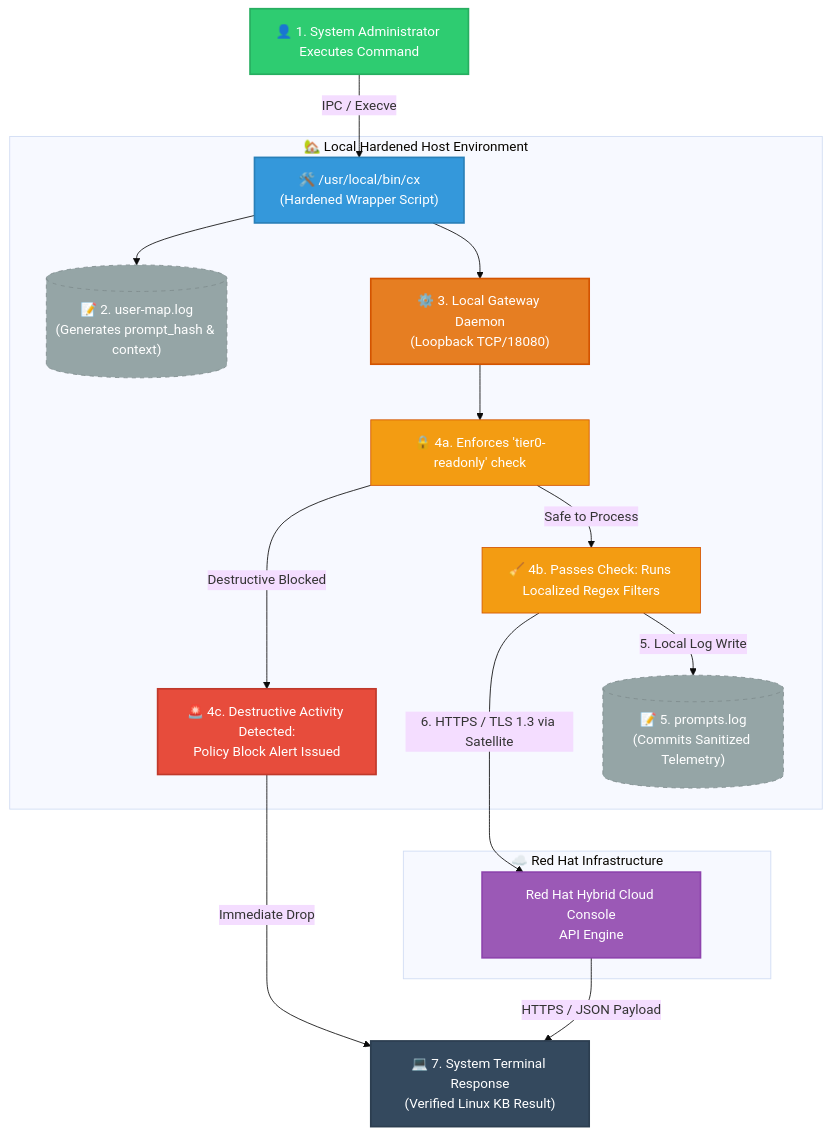
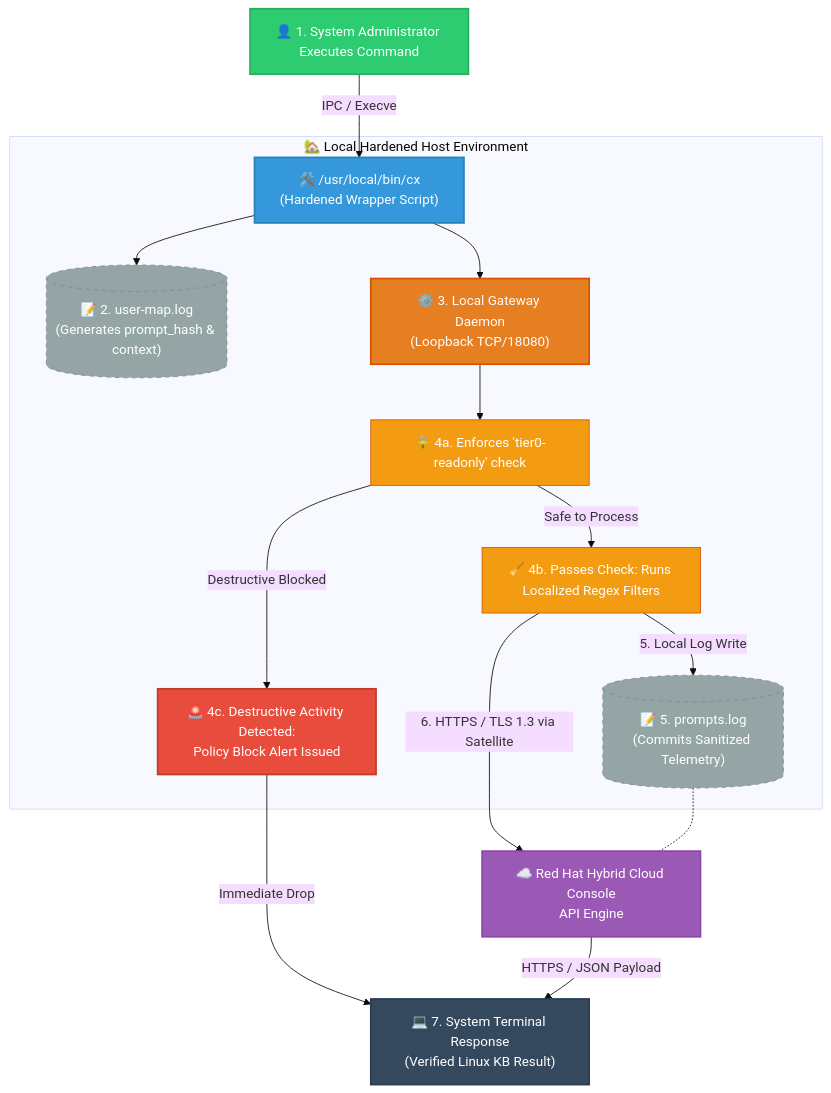
The diagram in ARCH.md (kumarj04/cla-gateway), drawn with Mermaid (base theme) before and after one commit.

Commit message:
Refactor architecture diagram for clarity and spacing

````diff
--- a/ARCH.md
+++ b/ARCH.md
@@ -1,57 +1,56 @@
 ```mermaid
 graph TD
     %% Styling definitions
     classDef user fill:#2ecc71,stroke:#27ae60,stroke-width:2px,color:#fff;
     classDef local fill:#3498db,stroke:#2980b9,stroke-width:2px,color:#fff;
     classDef daemon fill:#e67e22,stroke:#d35400,stroke-width:2px,color:#fff;
     classDef subEngine fill:#f39c12,stroke:#d35400,stroke-width:1px,color:#fff;
     classDef cloud fill:#9b59b6,stroke:#8e44ad,stroke-width:2px,color:#fff;
     classDef terminal fill:#34495e,stroke:#2c3e50,stroke-width:2px,color:#fff;
     classDef log fill:#95a5a6,stroke:#7f8c8d,stroke-width:1px,color:#fff,stroke-dasharray: 5 5;
     classDef alert fill:#e74c3c,stroke:#c0392b,stroke-width:2px,color:#fff;
 
     %% Workflow Nodes
     Admin[👤 1. System Administrator Executes Command]:::user
     
     subgraph LocalHost ["🏡 Local Hardened Host Environment"]
         Wrapper["🛠️ /usr/local/bin/cx<br>(Hardened Wrapper Script)"]:::local
         UserLog[("📝 2. user-map.log<br>(Generates prompt_hash & context)")]:::log
         
         Daemon["⚙️ 3. Local Gateway Daemon<br>(Loopback TCP/18080)"]:::daemon
         Check1["🔒 4a. Enforces 'tier0-readonly' check"]:::subEngine
         
         %% Core Security Decision Layer
         Check2["🧹 4b. Passes Check: Runs Localized Regex Filters"]:::subEngine
         FailBlock["🚨 4c. Destructive Activity Detected:<br>Policy Block Alert Issued"]:::alert
         
         PromptLog[("📝 5. prompts.log<br>(Commits Sanitized Telemetry)")]:::log
     end
 
-    subgraph RedHat ["☁️ Red Hat Infrastructure"]
-        RHCloud["Red Hat Hybrid Cloud Console<br>API Engine"]:::cloud
-    end
-
+    %% External Infrastructure (Unnested to allow crisp horizontal spacing)
+    RHCloud["☁️ Red Hat Hybrid Cloud Console<br>API Engine"]:::cloud
     Response["💻 7. System Terminal Response<br>(Verified Linux KB Result)"]:::terminal
 
-    %% Top Spine Flow
+    %% Main Central Spine Flow
     Admin -->|IPC / Execve| Wrapper
     Wrapper --> UserLog
     Wrapper --> Daemon
     Daemon --> Check1
     
     %% Split Branches
     Check1 -->|Destructive Blocked| FailBlock
     Check1 -->|Safe to Process| Check2
     
-    %% Left Side Failure Stream 
+    %% Left Side Drop For Blocked Execution
     FailBlock -->|Immediate Drop| Response
     
-    %% Clean Symmetrical Outbound Paths (Completely eliminates intersection)
+    %% Right Side Outputs (Split Left and Right beneath 4b)
     Check2 -->|5. Local Log Write| PromptLog
     Check2 -->|6. HTTPS / TLS 1.3 via Satellite| RHCloud
     
+    %% Final Resolution Path
     RHCloud -->|HTTPS / JSON Payload| Response
 
-    %% Hard alignment layout constraint (Keeps boxes spaced cleanly)
-    PromptLog ~~~ RHCloud
+    %% Hard Constraint Rule: Pushes Cloud engine to the right of the log file
+    PromptLog -.- RHCloud
 ```
````
